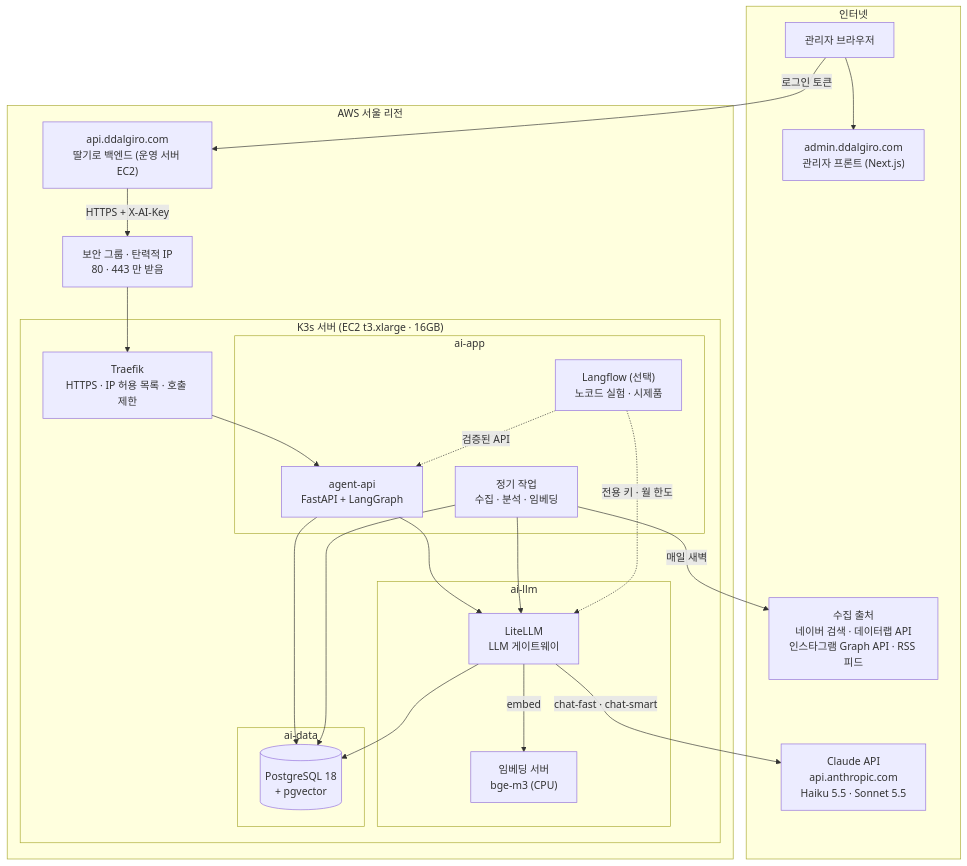
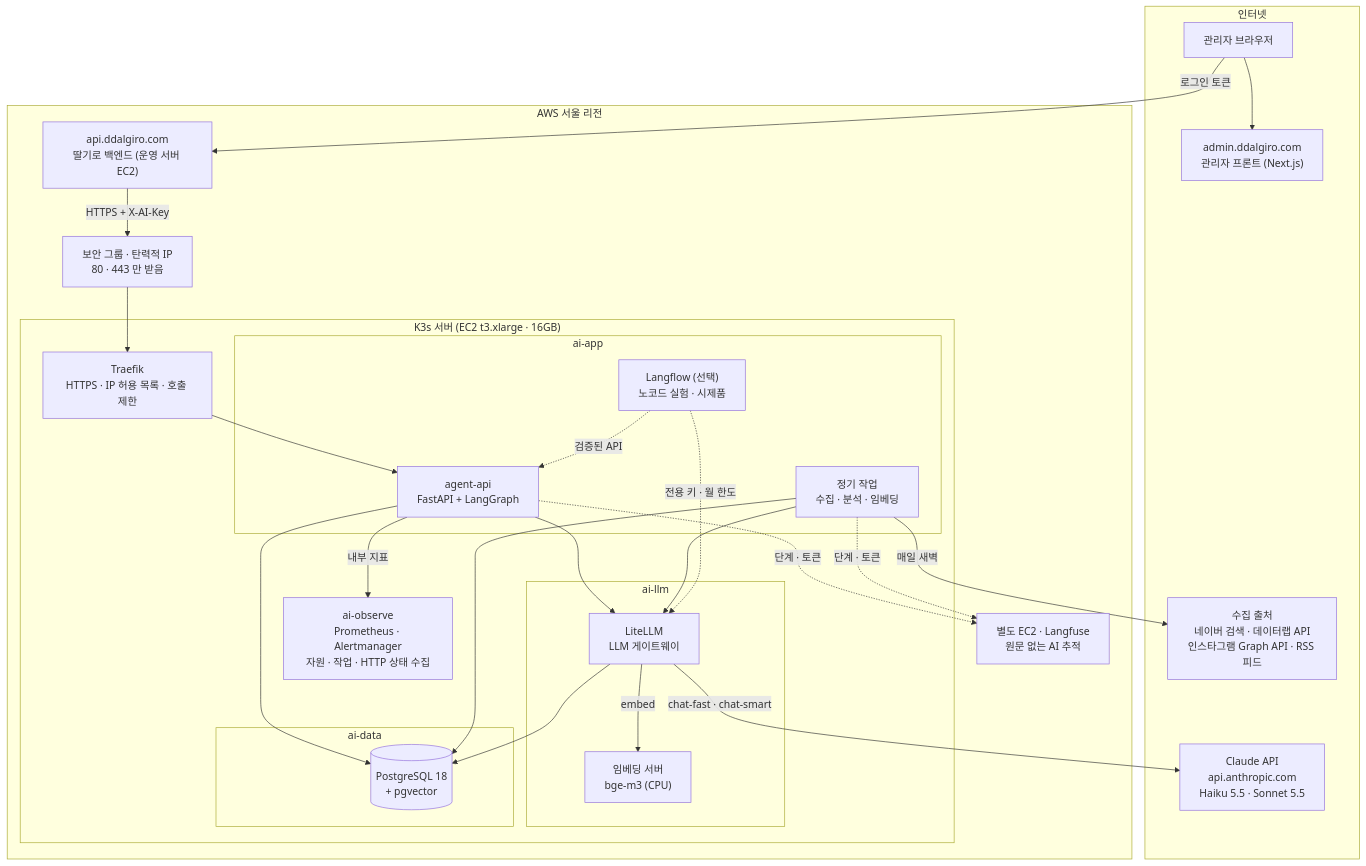
The diagram in docs/00-개요/01-전체-구성-한눈에-보기.md (hsw4606/ddalgiro-ai-agent), drawn with Mermaid before and after one commit. The commit also changed other lines of this file and 38 other files, not shown here.

````diff
--- a/docs/00-개요/01-전체-구성-한눈에-보기.md
+++ b/docs/00-개요/01-전체-구성-한눈에-보기.md
@@ -38,43 +41,48 @@
 ```mermaid
 flowchart TB
     subgraph NET["인터넷"]
         BR["관리자 브라우저"]
         ADM["admin.ddalgiro.com<br/>관리자 프론트 (Next.js)"]
         NAVER["수집 출처<br/>네이버 검색 · 데이터랩 API<br/>인스타그램 Graph API · RSS 피드"]
         CLAUDE["Claude API<br/>api.anthropic.com<br/>Haiku 5.5 · Sonnet 5.5"]
     end
 
     subgraph AWS["AWS 서울 리전"]
         API["api.ddalgiro.com<br/>딸기로 백엔드 (운영 서버 EC2)"]
+        TRACE["별도 EC2 · Langfuse<br/>원문 없는 AI 추적"]
         SG["보안 그룹 · 탄력적 IP<br/>80 · 443 만 받음"]
         subgraph K3S["K3s 서버 (EC2 t3.xlarge · 16GB)"]
             TR["Traefik<br/>HTTPS · IP 허용 목록 · 호출 제한"]
             subgraph APP["ai-app"]
                 AG["agent-api<br/>FastAPI + LangGraph"]
                 JOB["정기 작업<br/>수집 · 분석 · 임베딩"]
                 LF["Langflow (선택)<br/>노코드 실험 · 시제품"]
             end
             subgraph LLM["ai-llm"]
                 LL["LiteLLM<br/>LLM 게이트웨이"]
                 TEI["임베딩 서버<br/>bge-m3 (CPU)"]
             end
+            OBS["ai-observe<br/>Prometheus · Alertmanager<br/>자원 · 작업 · HTTP 상태 수집"]
             subgraph DATA["ai-data"]
                 PG[("PostgreSQL 18<br/>+ pgvector")]
             end
         end
     end
 
     BR --> ADM
     BR -- "로그인 토큰" --> API
     API -- "HTTPS + X-AI-Key" --> SG --> TR --> AG
+    AG -. "단계 · 토큰" .-> TRACE
+    JOB -. "단계 · 토큰" .-> TRACE
+    AG -- "내부 지표" --> OBS
     AG --> LL
     JOB --> LL
     LL -- "chat-fast · chat-smart" --> CLAUDE
     LL -- "embed" --> TEI
     AG --> PG
     JOB --> PG
     LL --> PG
     JOB -- "매일 새벽" --> NAVER
     LF -. "전용 키 · 월 한도" .-> LL
     LF -. "검증된 API" .-> AG
 ```
````
